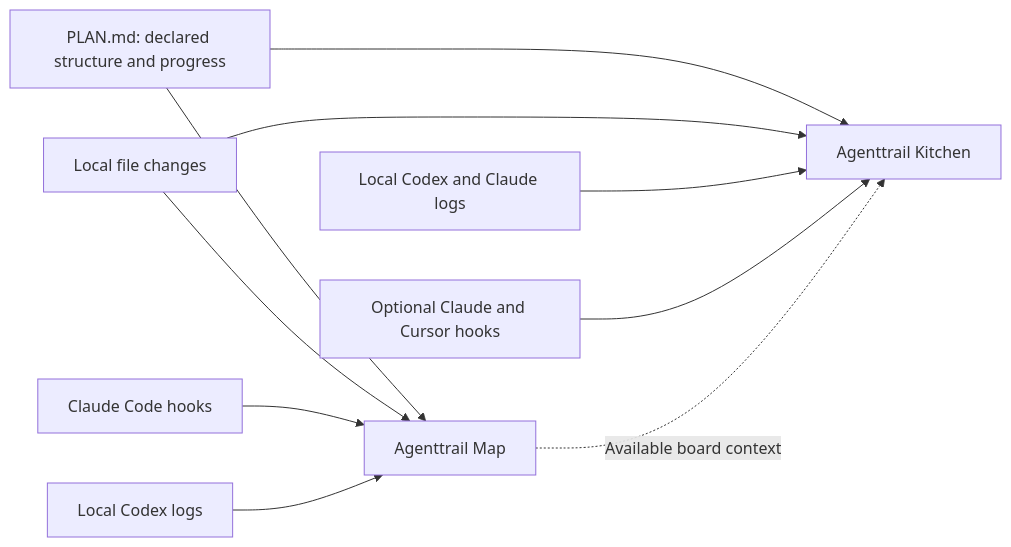
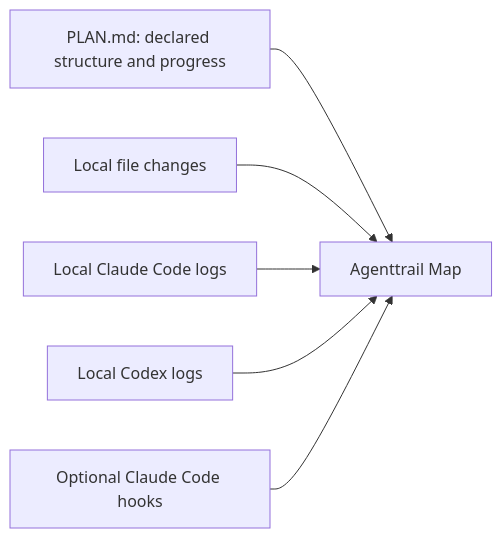
Before and after one commit to sodiumsun/agenttrail: the diagram in docs/OBSERVABILITY.md, drawn with Mermaid. The commit also changed other lines of this file and 7 other files, not shown here.

````diff
--- a/docs/OBSERVABILITY.md
+++ b/docs/OBSERVABILITY.md
@@ -22,12 +9,8 @@
 ```mermaid
 flowchart LR
   P["PLAN.md: declared structure and progress"] --> M["Agenttrail Map"]
   F["Local file changes"] --> M
-  H["Claude Code hooks"] --> M
-  P --> K["Agenttrail Kitchen"]
-  F --> K
-  L["Local Codex and Claude logs"] --> K
+  C["Local Claude Code logs"] --> M
   X["Local Codex logs"] --> M
-  C["Optional Claude and Cursor hooks"] --> K
-  M -. "Available board context" .-> K
+  H["Optional Claude Code hooks"] --> M
 ```
````
